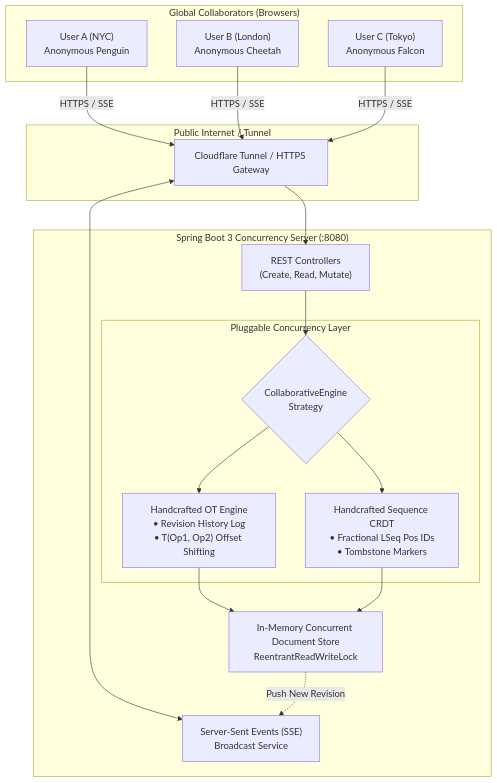
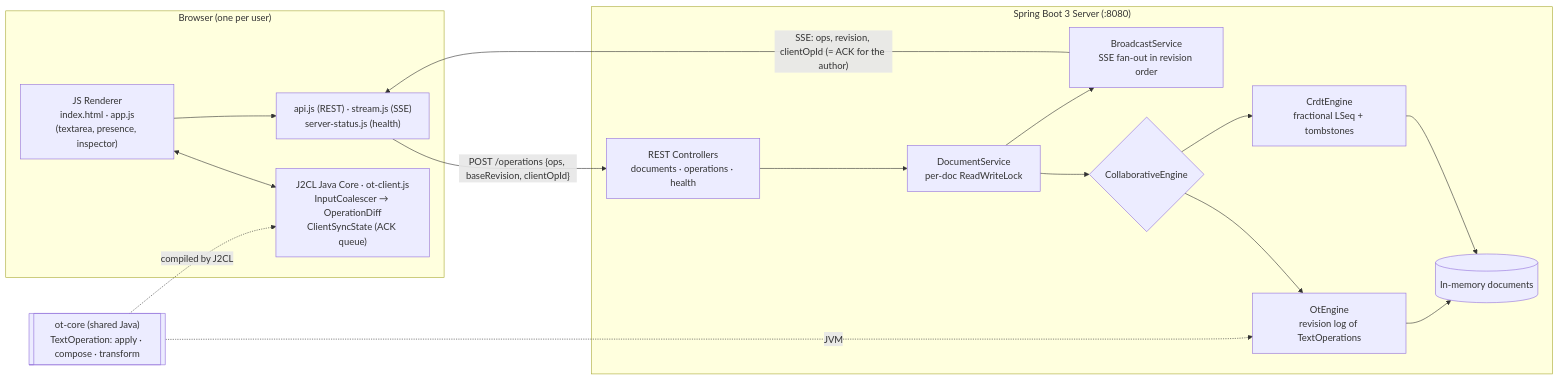
Before and after one commit to JZChen/SystemDesignPractice: the first of 2 diagrams in google-docs/README.md, drawn with Mermaid. The commit also changed other lines of this file and 2 other files, not shown here.

First line of the commit message:
docs(google-docs): sync README and design plan with current state

````diff
--- a/google-docs/README.md
+++ b/google-docs/README.md
@@ -9,37 +71,33 @@
 ```mermaid
-graph TD
-    subgraph Clients["Global Collaborators (Browsers)"]
-        ClientA["User A (NYC)<br/>Anonymous Penguin"]
-        ClientB["User B (London)<br/>Anonymous Cheetah"]
-        ClientC["User C (Tokyo)<br/>Anonymous Falcon"]
+graph LR
+    subgraph Browser["Browser (one per user)"]
+        UI["JS Renderer<br/>index.html · app.js<br/>(textarea, presence, inspector)"]
+        Core["J2CL Java Core · ot-client.js<br/>InputCoalescer → OperationDiff<br/>ClientSyncState (ACK queue)"]
+        Net["api.js (REST) · stream.js (SSE)<br/>server-status.js (health)"]
+        UI <--> Core
+        UI --> Net
     end
 
-    subgraph Internet["Public Internet / Tunnel"]
-        Tunnel["Cloudflare Tunnel / HTTPS Gateway"]
+    subgraph Server["Spring Boot 3 Server (:8080)"]
+        REST["REST Controllers<br/>documents · operations · health"]
+        DS["DocumentService<br/>per-doc ReadWriteLock"]
+        Engine{"CollaborativeEngine"}
+        OT["OtEngine<br/>revision log of TextOperations"]
+        CRDT["CrdtEngine<br/>fractional LSeq + tombstones"]
+        Store[("In-memory documents")]
+        BC["BroadcastService<br/>SSE fan-out in revision order"]
+        REST --> DS --> Engine
+        Engine --> OT
+        Engine --> CRDT
+        OT --> Store
+        CRDT --> Store
+        DS --> BC
     end
 
-    subgraph Server["Spring Boot 3 Concurrency Server (:8080)"]
-        API["REST Controllers<br/>(Create, Read, Mutate)"]
-        SSE["Server-Sent Events (SSE)<br/>Broadcast Service"]
-        
-        subgraph ConcurrencyLayer["Pluggable Concurrency Layer"]
-            EngineChoice{"CollaborativeEngine<br/>Strategy"}
-            OT["Handcrafted OT Engine<br/>• Revision History Log<br/>• T(Op1, Op2) Offset Shifting"]
-            CRDT["Handcrafted Sequence CRDT<br/>• Fractional LSeq Pos IDs<br/>• Tombstone Markers"]
-        end
+    Shared[["ot-core (shared Java)<br/>TextOperation: apply · compose · transform"]]
 
-        Repo["In-Memory Concurrent Document Store<br/>ReentrantReadWriteLock"]
-    end
-
-    ClientA -->|"HTTPS / SSE"| Tunnel
-    ClientB -->|"HTTPS / SSE"| Tunnel
-    ClientC -->|"HTTPS / SSE"| Tunnel
-    Tunnel --> API
-    Tunnel <--> SSE
-    API --> EngineChoice
-    EngineChoice --> OT
-    EngineChoice --> CRDT
-    OT --> Repo
-    CRDT --> Repo
-    Repo -.->|"Push New Revision"| SSE
+    Net -- "POST /operations {ops, baseRevision, clientOpId}" --> REST
+    BC -- "SSE: ops, revision, clientOpId (= ACK for the author)" --> Net
+    Shared -. "JVM" .-> OT
+    Shared -. "compiled by J2CL" .-> Core
 ```
````
